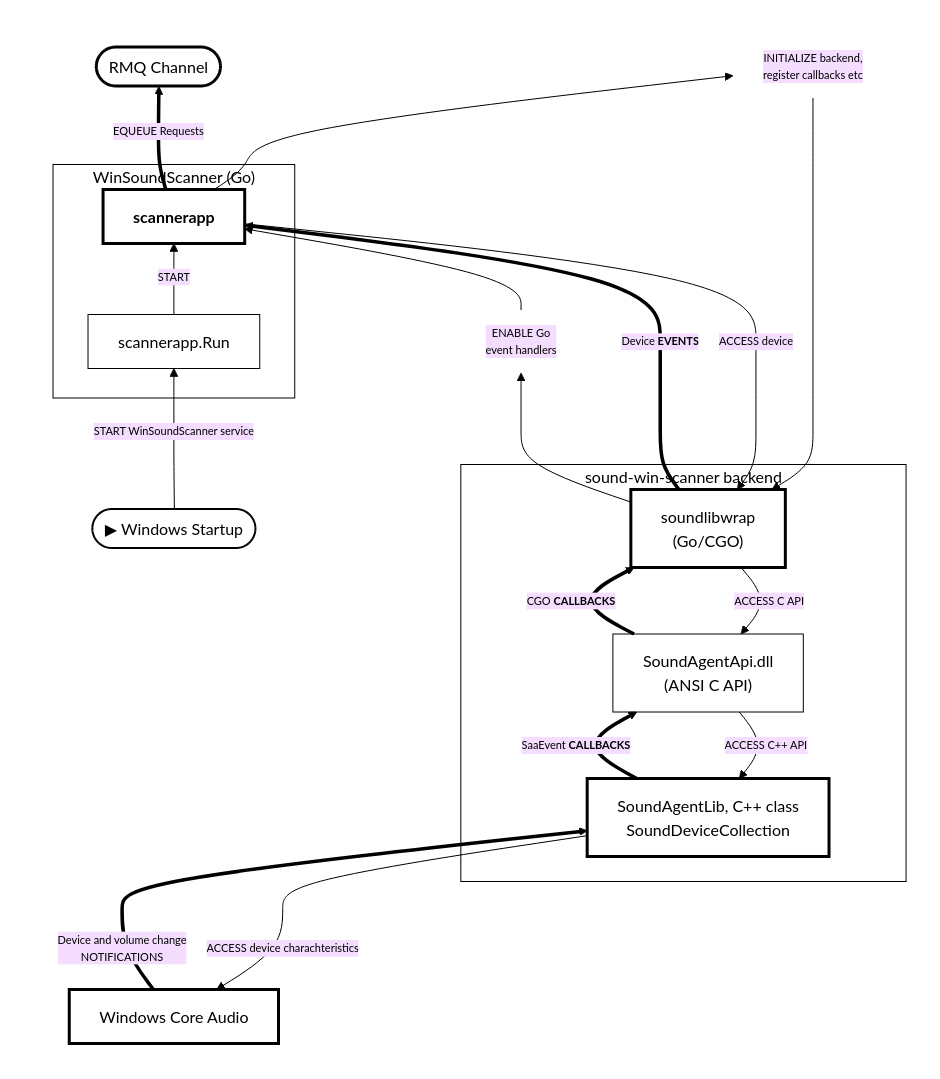
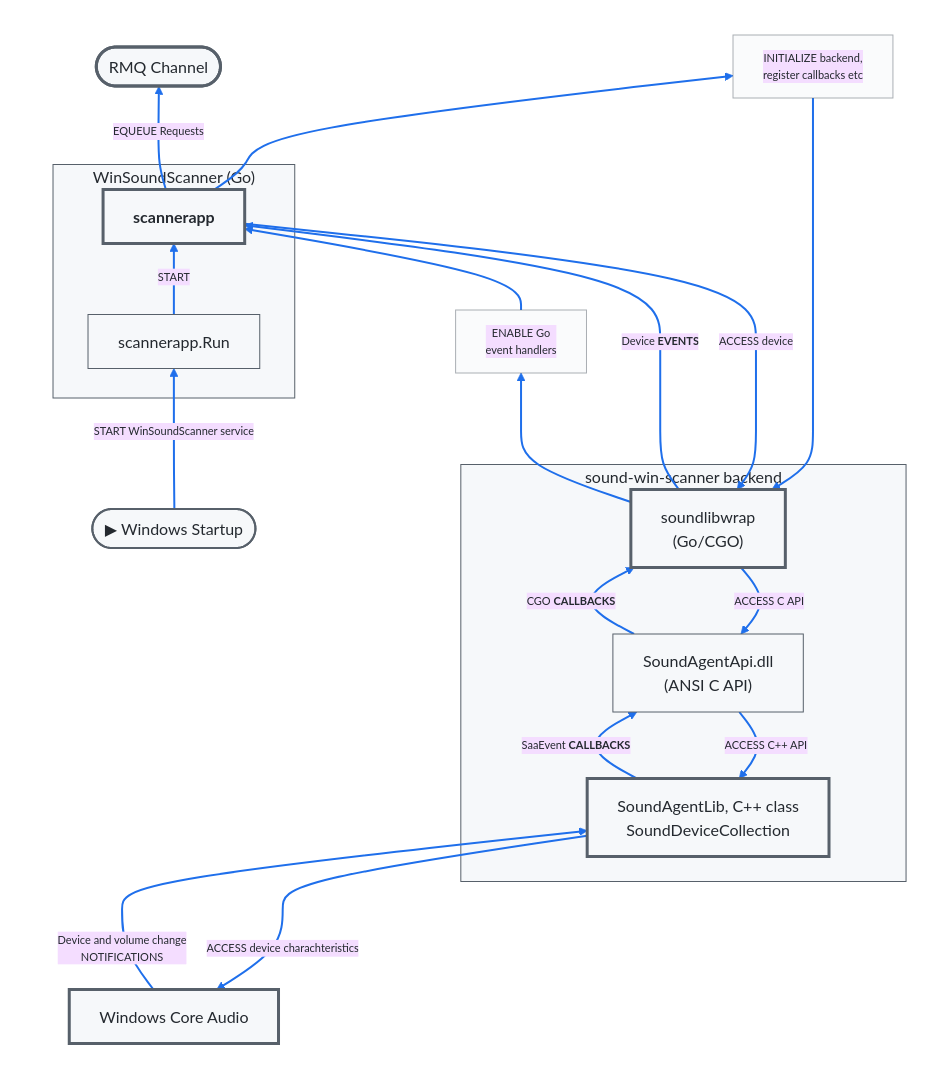
Before and after one commit to collect-sound-devices/win-sound-dev-go-bridge: the diagram in docs/module-interaction02.mmd, drawn with Mermaid (base theme). The commit also changed 1 other file, not shown here.

Commit message:
style: update flowchart styles for improved visibility and consistency

```diff
--- a/docs/module-interaction02.mmd
+++ b/docs/module-interaction02.mmd
@@ -1,56 +1,56 @@
 flowchart BT
-  classDef edgeLabel fill:none,stroke:none,stroke-width:0px,color:currentColor,font-size:11px;
+  classDef edgeLabel fill:#f6f8fa,stroke:#57606a,stroke-width:1px,color:#24292f,font-size:11px;
   classDef transparent fill:none,stroke:none;
 %%  classDef startPoint fill:#d4edda,stroke:#28a745,stroke-width:2px;
-  classDef startPoint fill:transparent,stroke:currentColor,stroke-width:2px,color:currentColor;
-  classDef default fill:transparent,stroke:currentColor,color:currentColor;
-  classDef bold fill:transparent,stroke:currentColor,stroke-width:3px,color:currentColor;
-  linkStyle default stroke:currentColor,color:currentColor;
+  classDef startPoint fill:#f6f8fa,stroke:#57606a,stroke-width:2px,color:#24292f;
+  classDef default fill:#f6f8fa,stroke:#57606a,color:#24292f;
+  classDef bold fill:#f6f8fa,stroke:#57606a,stroke-width:3px,color:#24292f;
+  linkStyle default stroke:#1f6feb,color:#24292f,stroke-width:2px;
 subgraph LEFT["#10;"]
   WIN["Windows Core Audio"]:::bold
 
   SRV(["▶ Windows Startup"]):::startPoint
 
   subgraph WS["WinSoundScanner (Go)"]
     RUN["scannerapp.Run"]
     APP["<b>scannerapp</b>"]:::bold
   end
-  style WS fill:transparent,stroke:currentColor,color:currentColor
+  style WS fill:#f6f8fa,stroke:#57606a,color:#24292f
 
   CHAN(["RMQ Channel"]):::bold
 
   SRV --> |START WinSoundScanner service| RUN
   RUN --> |START| APP
 
   APP ==> |EQUEUE Requests| CHAN
 end
 class LEFT transparent
 
 subgraph RIGHT["#10;"]
   subgraph BCK["sound-win-scanner backend"]
 	WRAP["soundlibwrap<br>(Go/CGO)"]:::bold
 	DLL["SoundAgentApi.dll<br>(ANSI C API)"]
 	LIB["SoundAgentLib, C++ class <br>SoundDeviceCollection"]:::bold
   end
-  style BCK fill:transparent,stroke:currentColor,color:currentColor
+  style BCK fill:#f6f8fa,stroke:#57606a,color:#24292f
 
   L_GO["ENABLE Go<br>event handlers"]:::edgeLabel
   L_INIT["INITIALIZE backend,<br/>register callbacks etc"]:::edgeLabel
 
   WRAP --> L_GO --> APP
   APP --> L_INIT --> WRAP
 
   APP --> |ACCESS device| WRAP
   WRAP ==> |Device <b>EVENTS</b>| APP 
 
   WRAP --> |ACCESS C API| DLL
   DLL --> |ACCESS C++ API| LIB
 
   LIB ==>|SaaEvent <b>CALLBACKS</b>| DLL
   DLL ==>|CGO <b>CALLBACKS</b>| WRAP
 
 end
 class RIGHT transparent
 
 WIN ==> |Device and volume change<br>NOTIFICATIONS| LIB
 LIB --> |ACCESS device charachteristics| WIN
```
